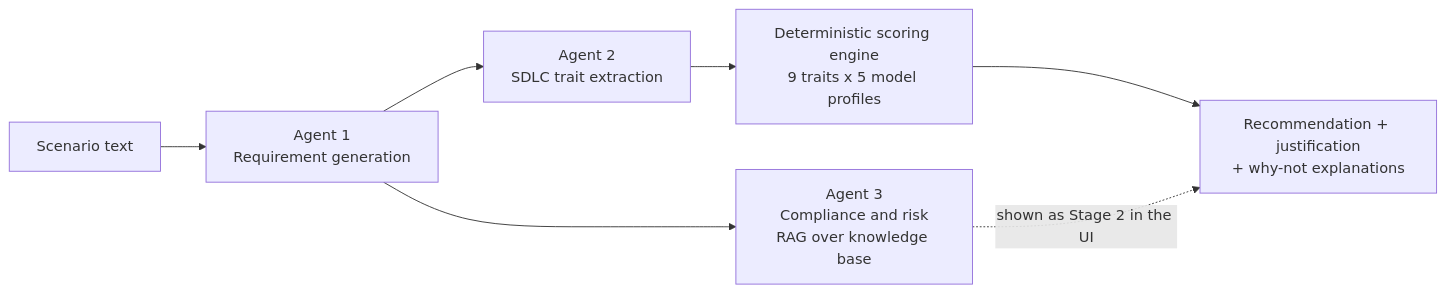
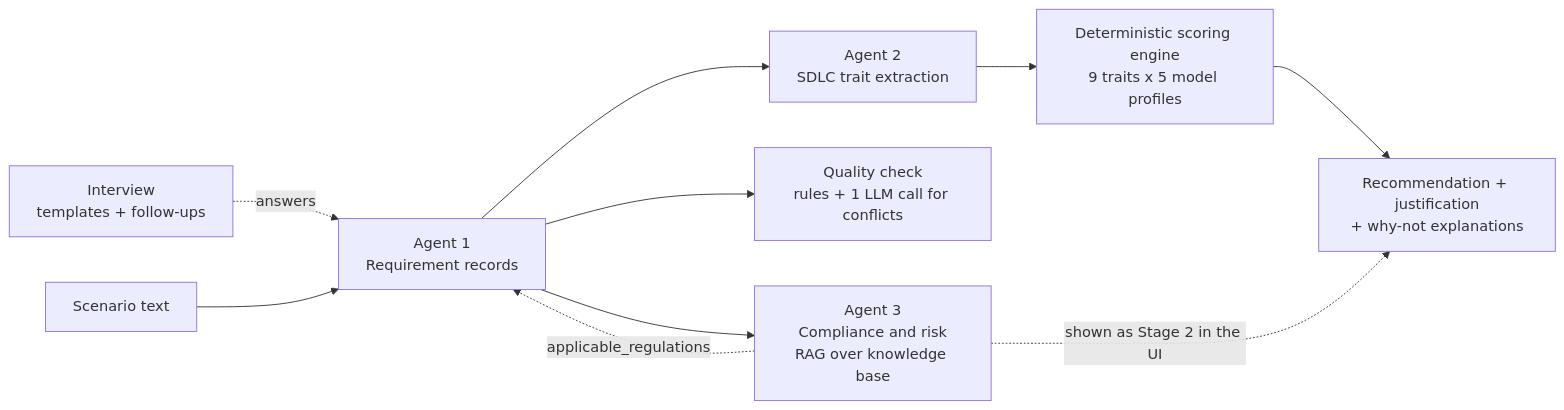
The first of 2 diagrams in docs/ARCHITECTURE.md (darshan-gittygit/se-project), drawn with Mermaid before and after one commit. The commit also changed other lines of this file and 18 other files, not shown here.

Commit message:
Phase 1: requirement records, interview, quality checks, pipeline wiring

````diff
--- a/docs/ARCHITECTURE.md
+++ b/docs/ARCHITECTURE.md
@@ -9,9 +9,12 @@
 ```mermaid
 flowchart LR
-    A[Scenario text] --> B[Agent 1<br/>Requirement generation]
+    I[Interview<br/>templates + follow-ups] -. answers .-> B
+    A[Scenario text] --> B[Agent 1<br/>Requirement records]
     B --> C[Agent 3<br/>Compliance and risk<br/>RAG over knowledge base]
+    C -. applicable_regulations .-> B
+    B --> Q[Quality check<br/>rules + 1 LLM call for conflicts]
     B --> D[Agent 2<br/>SDLC trait extraction]
     D --> E[Deterministic scoring engine<br/>9 traits x 5 model profiles]
     E --> F[Recommendation + justification<br/>+ why-not explanations]
     C -. shown as Stage 2 in the UI .-> F
 ```
````
